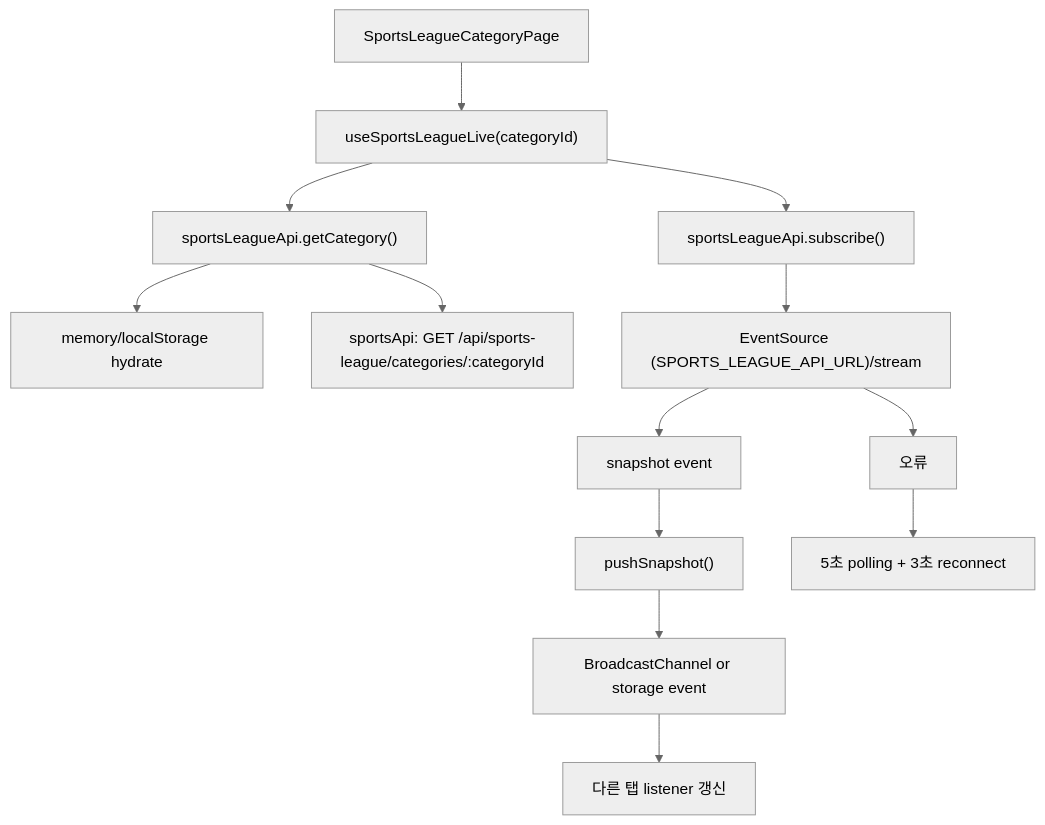
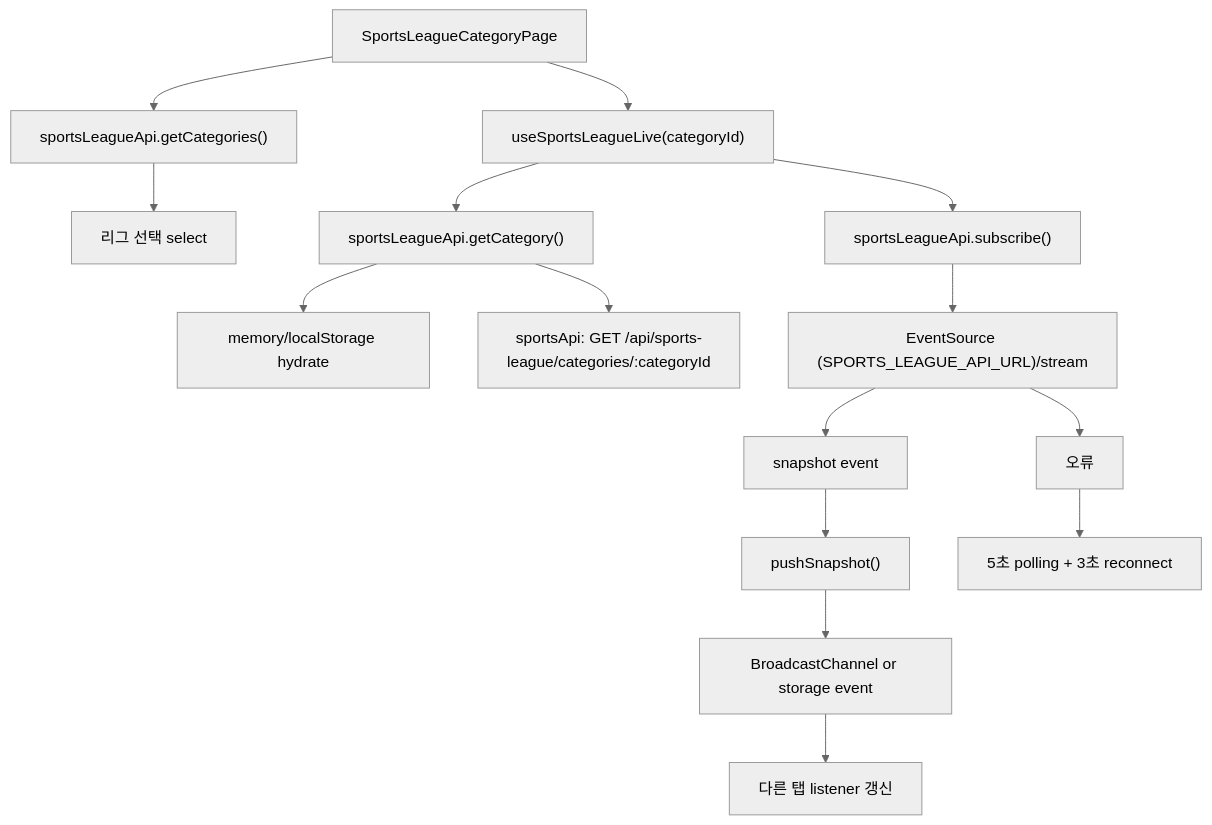
Before and after one commit to hanjm-github/beomseo.in: the fifth of 17 diagrams in frontend/docs/frontend-architecture.md, drawn with Mermaid (neutral theme). The commit also changed other lines of this file and 18 other files, not shown here.

````diff
--- a/frontend/docs/frontend-architecture.md
+++ b/frontend/docs/frontend-architecture.md
@@ -150,15 +150,17 @@
 ```mermaid
 flowchart TD
     A["SportsLeagueCategoryPage"] --> B["useSportsLeagueLive(categoryId)"]
+    A --> Z["sportsLeagueApi.getCategories()"]
+    Z --> ZA["리그 선택 select"]
     B --> C["sportsLeagueApi.getCategory()"]
     C --> D["memory/localStorage hydrate"]
     C --> E["sportsApi: GET /api/sports-league/categories/:categoryId"]
     B --> F["sportsLeagueApi.subscribe()"]
     F --> G["EventSource (SPORTS_LEAGUE_API_URL)/stream"]
     G --> H["snapshot event"]
     H --> I["pushSnapshot()"]
     I --> J["BroadcastChannel or storage event"]
     J --> K["다른 탭 listener 갱신"]
     G --> L["오류"]
     L --> M["5초 polling + 3초 reconnect"]
 ```
````
